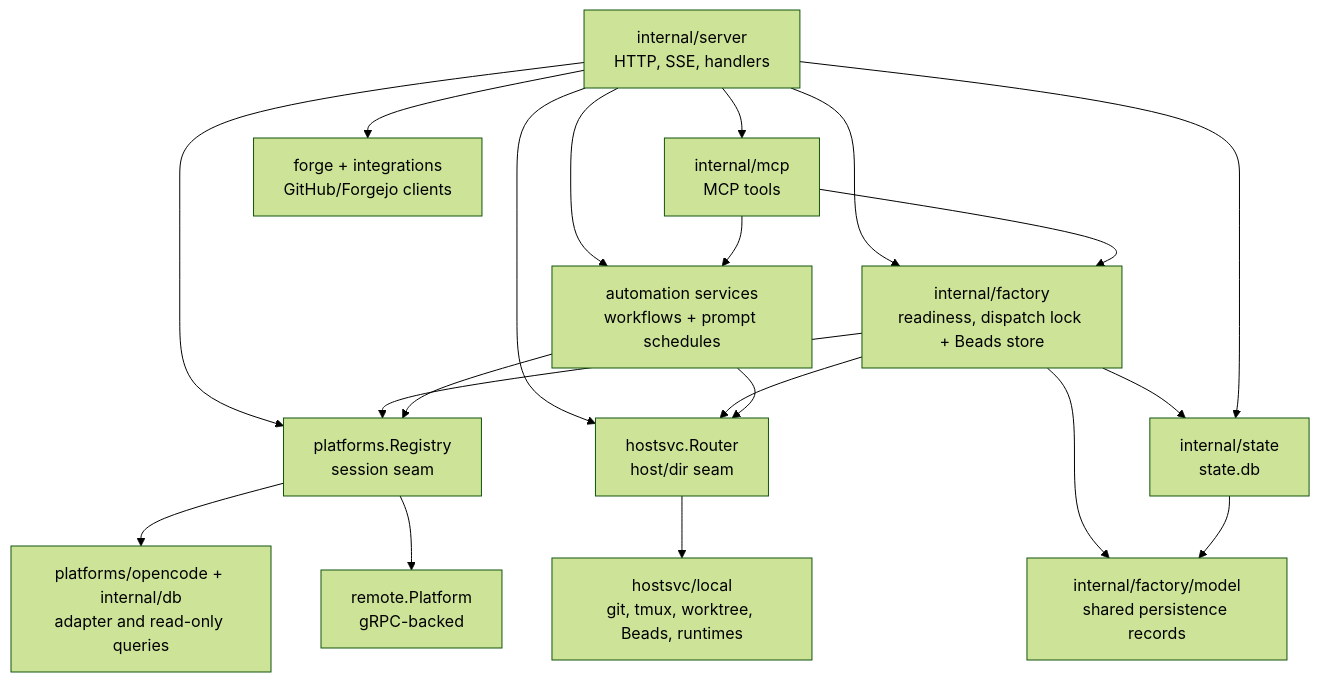
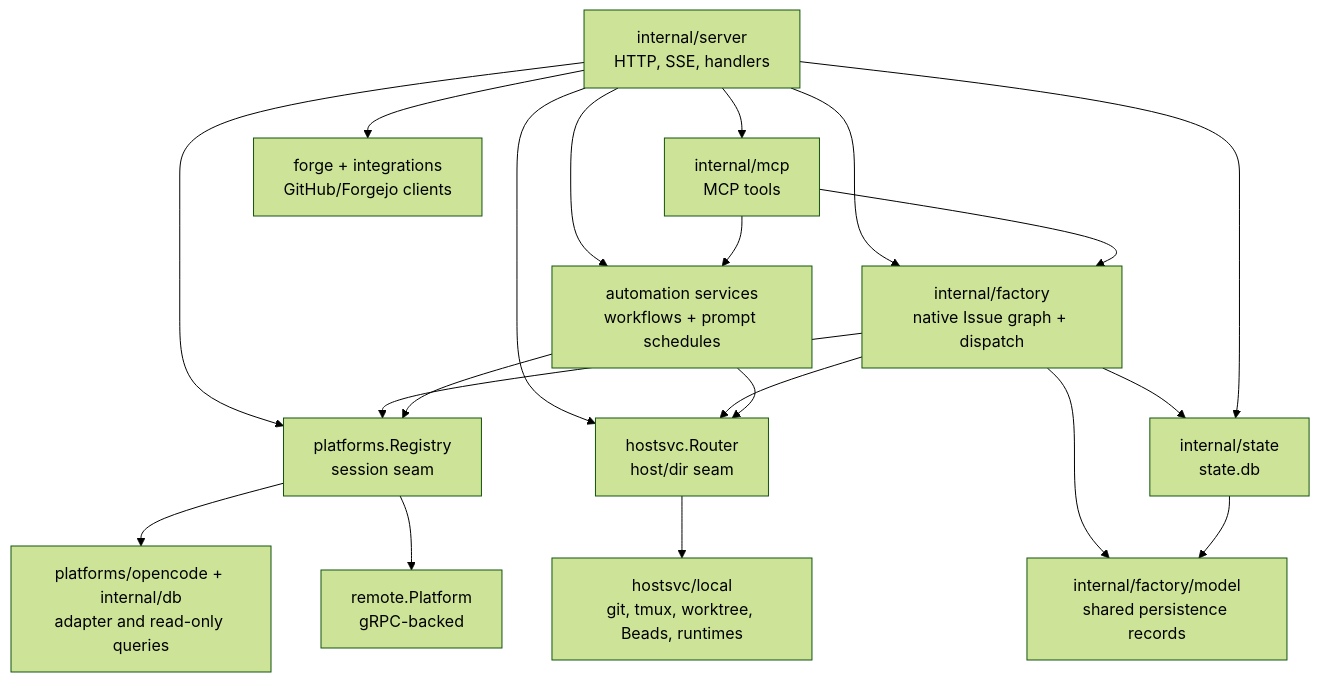
The third of 5 diagrams in docs/other/architecture.md (ocman/ocman), drawn with Mermaid (forest theme) before and after one commit. The commit also changed other lines of this file and 9 other files, not shown here.

Commit message:
docs: document the native Factory

````diff
--- a/docs/other/architecture.md
+++ b/docs/other/architecture.md
@@ -88,22 +88,22 @@
 ```mermaid
 flowchart TD
     Server[internal/server<br/>HTTP, SSE, handlers] --> Registry[platforms.Registry<br/>session seam]
     Server --> Router[hostsvc.Router<br/>host/dir seam]
     Server --> Workflows[automation services<br/>workflows + prompt schedules]
-    Server --> Factory[internal/factory<br/>readiness, dispatch lock + Beads store]
+    Server --> Factory[internal/factory<br/>native Issue graph + dispatch]
     Factory --> FactoryModel[internal/factory/model<br/>shared persistence records]
     Factory --> State
     State --> FactoryModel
     Factory --> Registry
     Factory --> Router
     Workflows --> Registry
     Workflows --> Router
     Server --> MCP[internal/mcp<br/>MCP tools]
     MCP --> Workflows
     MCP --> Factory
     Registry --> OC[platforms/opencode + internal/db<br/>adapter and read-only queries]
     Registry --> RP[remote.Platform<br/>gRPC-backed]
     Router --> Local[hostsvc/local<br/>git, tmux, worktree, Beads, runtimes]
     Server --> State[internal/state<br/>state.db]
     Server --> Forge[forge + integrations<br/>GitHub/Forgejo clients]
 ```
````
